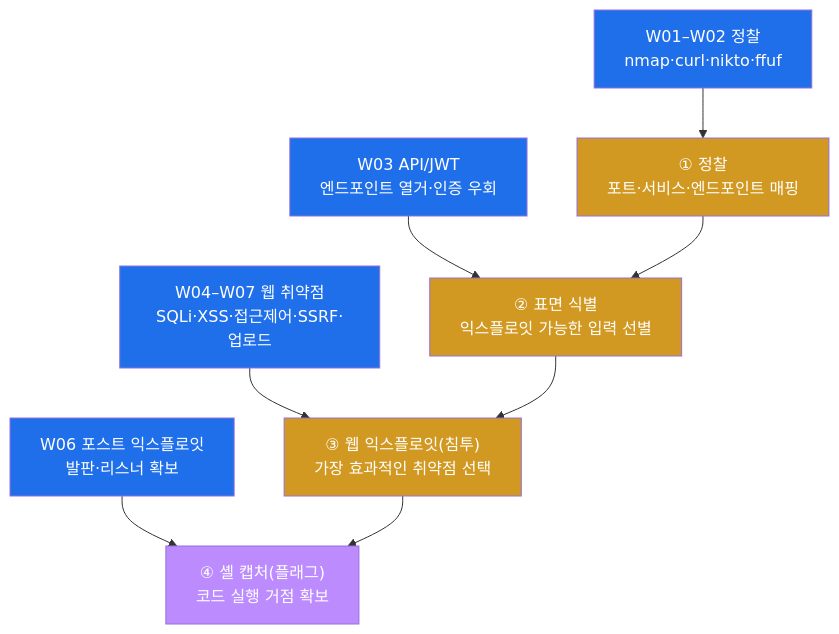
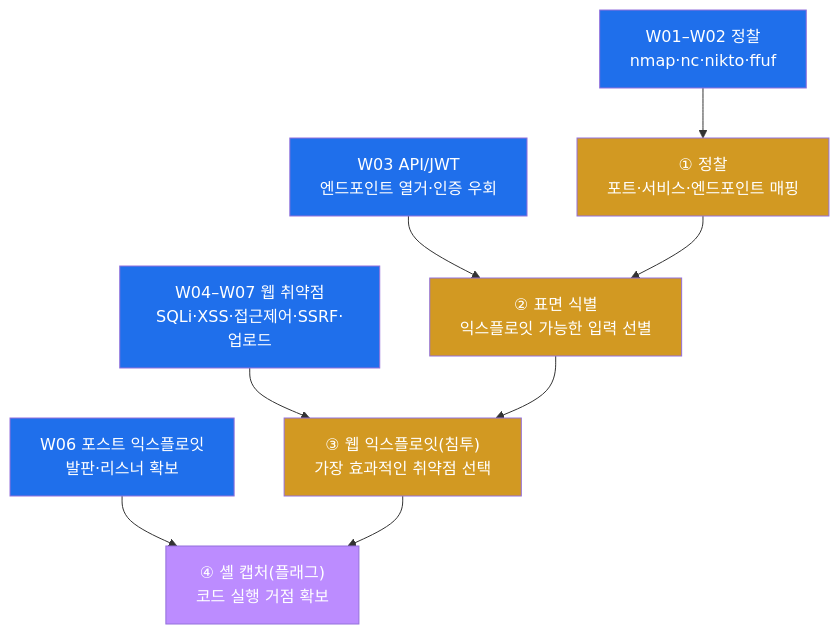
One commit to mrgrit/tw2 changed the second of 10 diagrams in contents/training/attack/lecture_week08.md. Above: the diagram before and after it, drawn with Mermaid. The commit also changed 99 other files, not shown here.

````diff
--- a/contents/training/attack/lecture_week08.md
+++ b/contents/training/attack/lecture_week08.md
@@ -118,24 +118,24 @@
 ```mermaid
 graph TD
     S1["① 정찰<br/>포트·서비스·엔드포인트 매핑"]
     S2["② 표면 식별<br/>익스플로잇 가능한 입력 선별"]
     S3["③ 웹 익스플로잇(침투)<br/>가장 효과적인 취약점 선택"]
     S4["④ 셸 캡처(플래그)<br/>코드 실행 거점 확보"]
-    W12["W01–W02 정찰<br/>nmap·curl·nikto·ffuf"]
+    W12["W01–W02 정찰<br/>nmap·nc·nikto·ffuf"]
     W3["W03 API/JWT<br/>엔드포인트 열거·인증 우회"]
     W47["W04–W07 웹 취약점<br/>SQLi·XSS·접근제어·SSRF·업로드"]
     POST["W06 포스트 익스플로잇<br/>발판·리스너 확보"]
     W12 --> S1
     W3 --> S2
     W47 --> S3
     POST --> S4
     S1 --> S2 --> S3 --> S4
     style S1 fill:#d29922,color:#fff
     style S2 fill:#d29922,color:#fff
     style S3 fill:#d29922,color:#fff
     style S4 fill:#bc8cff,color:#fff
     style W12 fill:#1f6feb,color:#fff
     style W3 fill:#1f6feb,color:#fff
     style W47 fill:#1f6feb,color:#fff
     style POST fill:#1f6feb,color:#fff
 ```
````
